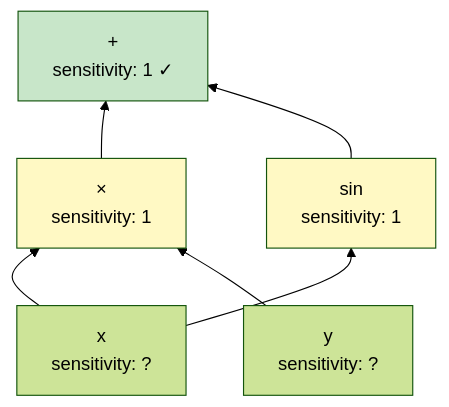
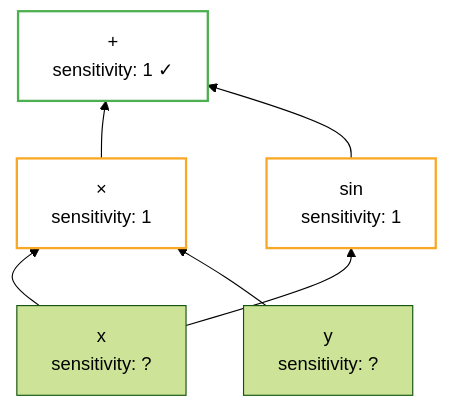
One commit to bolu-atx/bolu-atx.github.io changed the sixth of 9 diagrams in _posts/2026-01-03-autodiff-part1-intuition.md. Above: the diagram before and after it, drawn with Mermaid (forest theme). The commit also changed other lines of this file, not shown here.

Commit message:
Use stroke-only styling for Mermaid diagrams (no fills)

````diff
--- a/_posts/2026-01-03-autodiff-part1-intuition.md
+++ b/_posts/2026-01-03-autodiff-part1-intuition.md
@@ -231,18 +231,18 @@
 ```mermaid
 graph BT
     x["x<br/>sensitivity: ?"]
     y["y<br/>sensitivity: ?"]
     mul["×<br/>sensitivity: 1"]
     sin["sin<br/>sensitivity: 1"]
     add["+<br/>sensitivity: 1 ✓"]
 
     x --> mul
     y --> mul
     x --> sin
     mul --> add
     sin --> add
 
-    style add fill:#c8e6c9
-    style mul fill:#fff9c4
-    style sin fill:#fff9c4
+    style add fill:none,stroke:#4CAF50,stroke-width:2px
+    style mul fill:none,stroke:#f9a825,stroke-width:2px
+    style sin fill:none,stroke:#f9a825,stroke-width:2px
 ```
````
